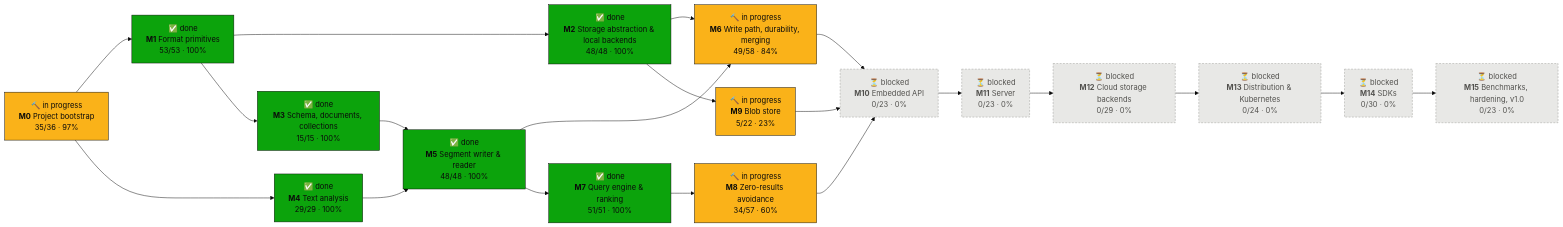
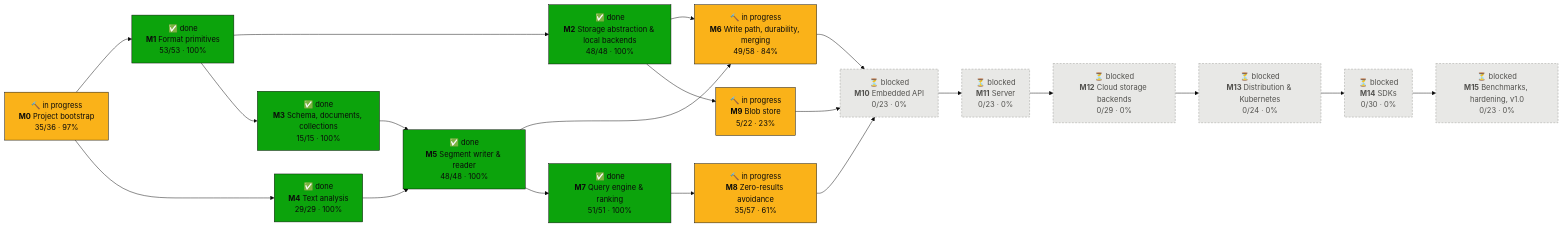
The first of 2 diagrams in PROGRESS.md (tomiok/persiaDB), drawn with Mermaid (base theme) before and after one commit. The commit also changed other lines of this file and 5 other files, not shown here.

First line of the commit message:
test(engine): review fix-up for 8.1.24 in the differential suite (ROADMAP 8.1.24)

````diff
--- a/PROGRESS.md
+++ b/PROGRESS.md
@@ -16,42 +16,42 @@
 ```mermaid
 flowchart LR
   M0["🔨 in progress<br/><b>M0</b> Project bootstrap<br/>35/36 · 97%"]:::doing
   M1["✅ done<br/><b>M1</b> Format primitives<br/>53/53 · 100%"]:::done
   M2["✅ done<br/><b>M2</b> Storage abstraction & local backends<br/>48/48 · 100%"]:::done
   M3["✅ done<br/><b>M3</b> Schema, documents, collections<br/>15/15 · 100%"]:::done
   M4["✅ done<br/><b>M4</b> Text analysis<br/>29/29 · 100%"]:::done
   M5["✅ done<br/><b>M5</b> Segment writer & reader<br/>48/48 · 100%"]:::done
   M6["🔨 in progress<br/><b>M6</b> Write path, durability, merging<br/>49/58 · 84%"]:::doing
   M7["✅ done<br/><b>M7</b> Query engine & ranking<br/>51/51 · 100%"]:::done
-  M8["🔨 in progress<br/><b>M8</b> Zero-results avoidance<br/>34/57 · 60%"]:::doing
+  M8["🔨 in progress<br/><b>M8</b> Zero-results avoidance<br/>35/57 · 61%"]:::doing
   M9["🔨 in progress<br/><b>M9</b> Blob store<br/>5/22 · 23%"]:::doing
   M10["⏳ blocked<br/><b>M10</b> Embedded API<br/>0/23 · 0%"]:::blocked
   M11["⏳ blocked<br/><b>M11</b> Server<br/>0/23 · 0%"]:::blocked
   M12["⏳ blocked<br/><b>M12</b> Cloud storage backends<br/>0/29 · 0%"]:::blocked
   M13["⏳ blocked<br/><b>M13</b> Distribution & Kubernetes<br/>0/24 · 0%"]:::blocked
   M14["⏳ blocked<br/><b>M14</b> SDKs<br/>0/30 · 0%"]:::blocked
   M15["⏳ blocked<br/><b>M15</b> Benchmarks, hardening, v1.0<br/>0/23 · 0%"]:::blocked
   M0 --> M1
   M1 --> M2
   M1 --> M3
   M0 --> M4
   M3 --> M5
   M4 --> M5
   M2 --> M6
   M5 --> M6
   M5 --> M7
   M7 --> M8
   M2 --> M9
   M6 --> M10
   M8 --> M10
   M9 --> M10
   M10 --> M11
   M11 --> M12
   M12 --> M13
   M13 --> M14
   M14 --> M15
   classDef done fill:#0ca30c,stroke:#0b0b0b,color:#0b0b0b
   classDef doing fill:#fab219,stroke:#0b0b0b,color:#0b0b0b
   classDef ready fill:#fcfcfb,stroke:#0b0b0b,stroke-width:2px,color:#0b0b0b
   classDef blocked fill:#e8e8e6,stroke:#9a9a96,stroke-dasharray:4 3,color:#52514e
 ```
````
